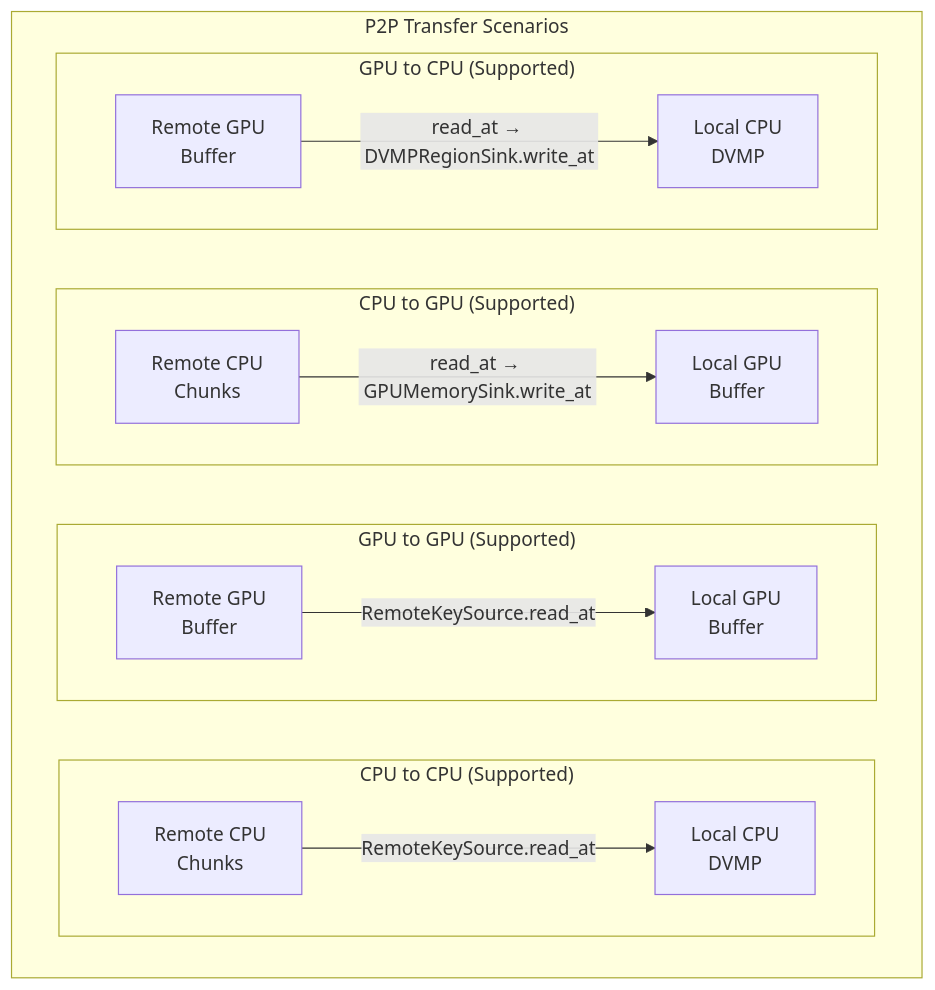
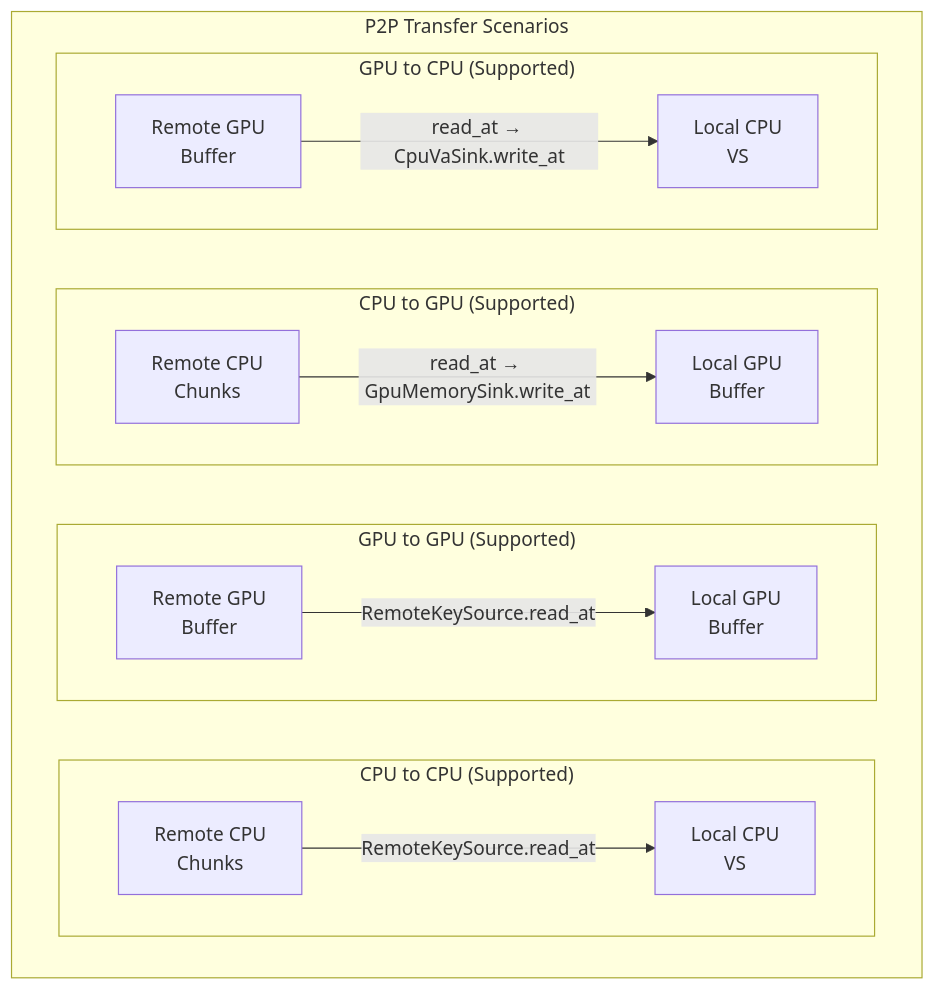
The ninth of 13 diagrams in core/store/docs/architecture.md (tensorcast-ai/tensorcast), drawn with Mermaid before and after one commit. The commit also changed other lines of this file and 155 other files, not shown here.

````diff
--- a/core/store/docs/architecture.md
+++ b/core/store/docs/architecture.md
@@ -409,33 +405,33 @@
 ```mermaid
 graph TB
     subgraph "P2P Transfer Scenarios"
 
         subgraph "CPU to CPU (Supported)"
             direction LR
             RemoteCPU[Remote CPU<br/>Chunks]
-            LocalCPU[Local CPU<br/>DVMP]
+            LocalCPU[Local CPU<br/>VS]
             RemoteCPU -->|RemoteKeySource.read_at| LocalCPU
         end
 
         subgraph "GPU to GPU (Supported)"
             direction LR
             RemoteGPU[Remote GPU<br/>Buffer]
             LocalGPU[Local GPU<br/>Buffer]
             RemoteGPU -->|RemoteKeySource.read_at| LocalGPU
         end
 
         subgraph "CPU to GPU (Supported)"
             direction LR
             RemoteCPU2[Remote CPU<br/>Chunks]
             LocalGPU2[Local GPU<br/>Buffer]
-            RemoteCPU2 -->|read_at → GPUMemorySink.write_at| LocalGPU2
+            RemoteCPU2 -->|read_at → GpuMemorySink.write_at| LocalGPU2
         end
 
         subgraph "GPU to CPU (Supported)"
             direction LR
             RemoteGPU2[Remote GPU<br/>Buffer]
-            LocalCPU2[Local CPU<br/>DVMP]
-            RemoteGPU2 -->|read_at → DVMPRegionSink.write_at| LocalCPU2
+            LocalCPU2[Local CPU<br/>VS]
+            RemoteGPU2 -->|read_at → CpuVaSink.write_at| LocalCPU2
         end
     end
 ```
````
